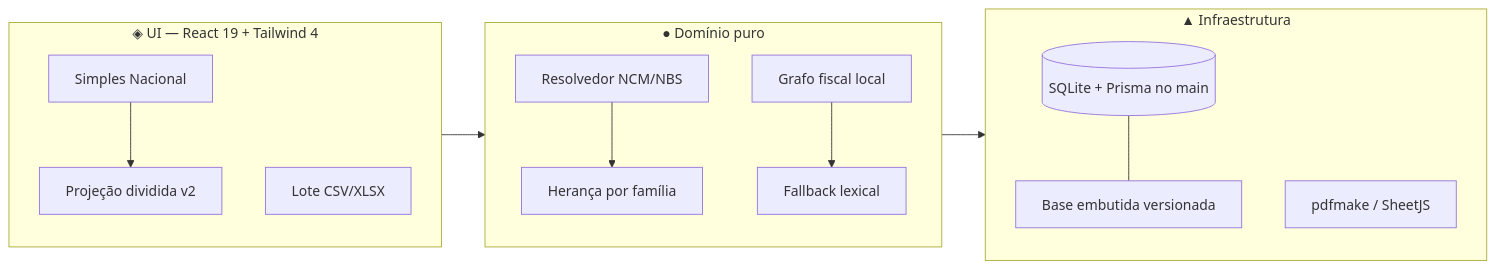
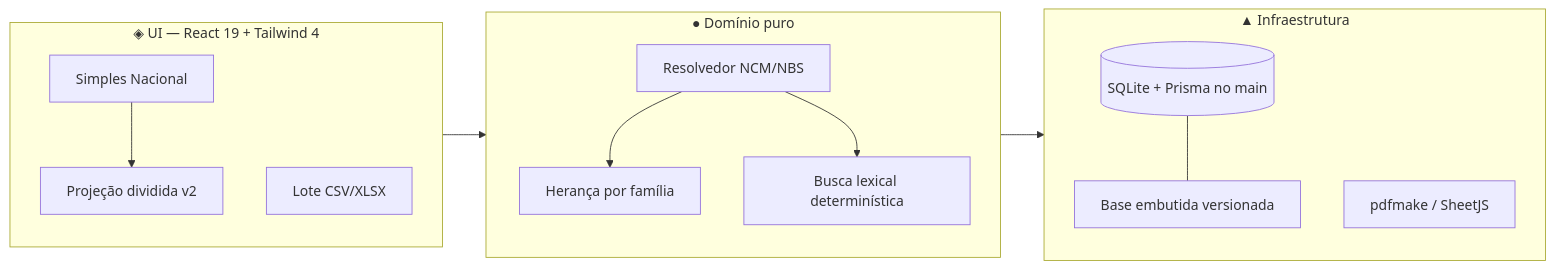
One commit to Davidev29/aurum-tax-ncm changed the diagram in README.md. Above: the diagram before and after it, drawn with Mermaid. The commit also changed other lines of this file and 333 other files, not shown here.

````diff
--- a/README.md
+++ b/README.md
@@ -55,16 +55,16 @@
 ```mermaid
 flowchart LR
     subgraph UI["◈ UI — React 19 + Tailwind 4"]
         S[Simples Nacional] --> P[Projeção dividida v2]
         L[Lote CSV/XLSX]
     end
     subgraph DOM["● Domínio puro"]
         R[Resolvedor NCM/NBS] --> H[Herança por família]
-        G[Grafo fiscal local] --> F[Fallback lexical]
+        R --> F[Busca lexical determinística]
     end
     subgraph INF["▲ Infraestrutura"]
         D[(SQLite + Prisma no main)] --- B[Base embutida versionada]
         E[pdfmake / SheetJS]
     end
     UI --> DOM --> INF
 ```
````
